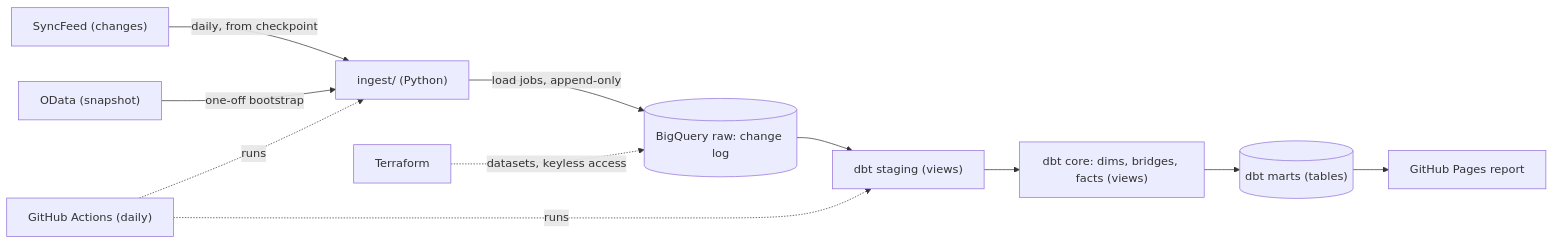
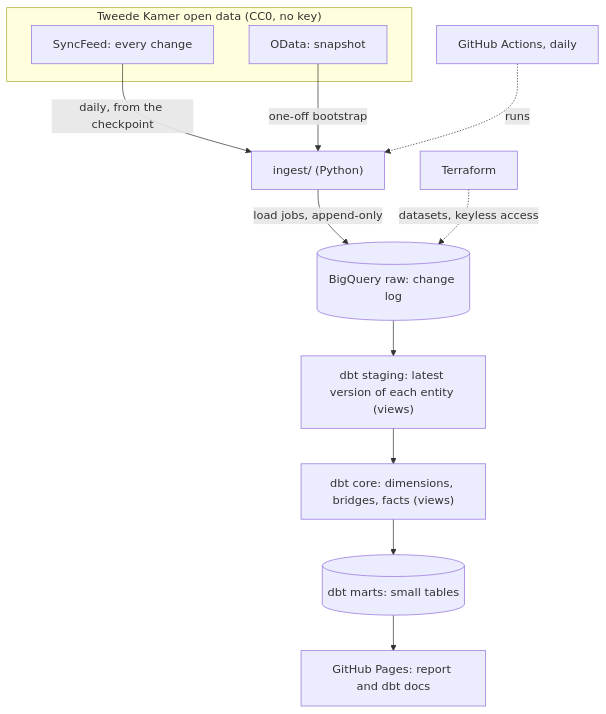
One commit to kaeldrin-gh/nl-parliament-warehouse changed the diagram in README.md. Above: the diagram before and after it, drawn with Mermaid. The commit also changed other lines of this file and 6 other files, not shown here.

First line of the commit message:
Final review: readable diagram, tighter screenshot, docs overview

````diff
--- a/README.md
+++ b/README.md
@@ -35,13 +35,16 @@
 ```mermaid
-flowchart LR
-    F["SyncFeed (changes)"] -->|"daily, from checkpoint"| L["ingest/ (Python)"]
-    O["OData (snapshot)"] -->|"one-off bootstrap"| L
+flowchart TB
+    subgraph source["Tweede Kamer open data (CC0, no key)"]
+        F["SyncFeed: every change"]
+        O["OData: snapshot"]
+    end
+    F -->|"daily, from the checkpoint"| L["ingest/ (Python)"]
+    O -->|"one-off bootstrap"| L
     L -->|"load jobs, append-only"| R[("BigQuery raw: change log")]
-    R --> S["dbt staging (views)"]
-    S --> C["dbt core: dims, bridges, facts (views)"]
-    C --> M[("dbt marts (tables)")]
-    M --> P["GitHub Pages report"]
-    A["GitHub Actions (daily)"] -.runs.-> L
-    A -.runs.-> S
-    T["Terraform"] -.datasets, keyless access.-> R
+    R --> S["dbt staging: latest version of each entity (views)"]
+    S --> C["dbt core: dimensions, bridges, facts (views)"]
+    C --> M[("dbt marts: small tables")]
+    M --> P["GitHub Pages: report and dbt docs"]
+    A["GitHub Actions, daily"] -. runs .-> L
+    T["Terraform"] -. "datasets, keyless access" .-> R
 ```
````
